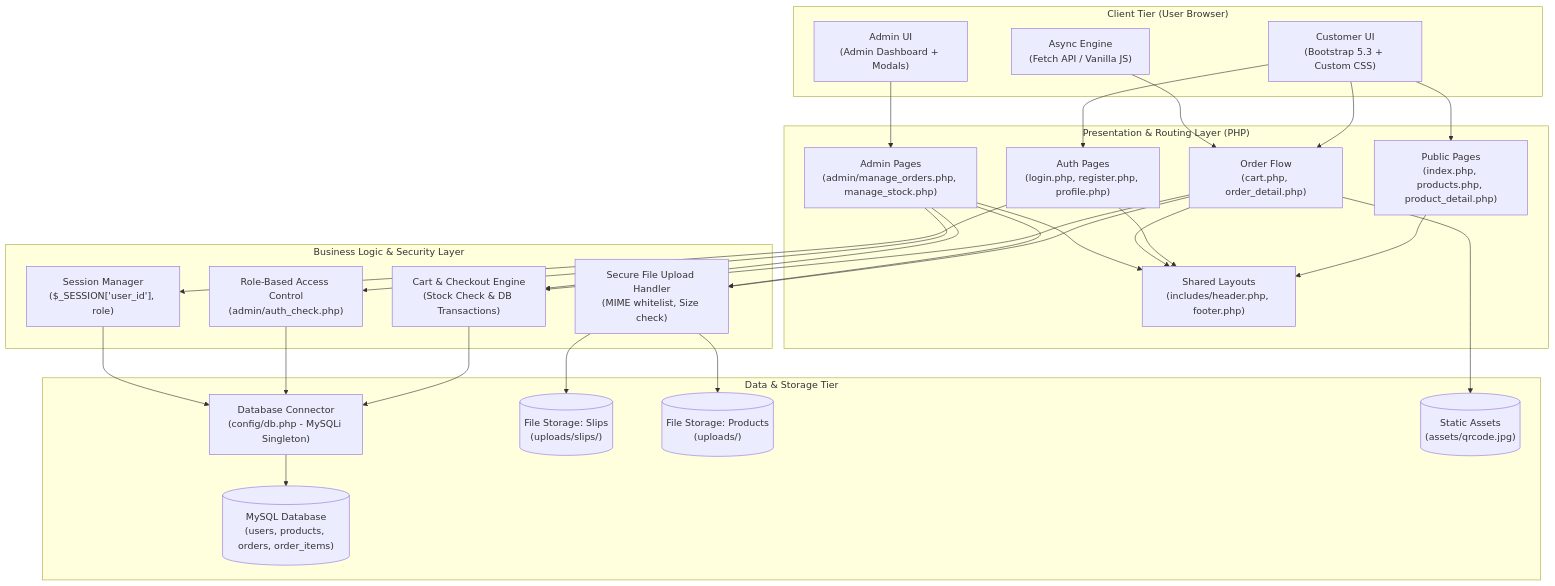
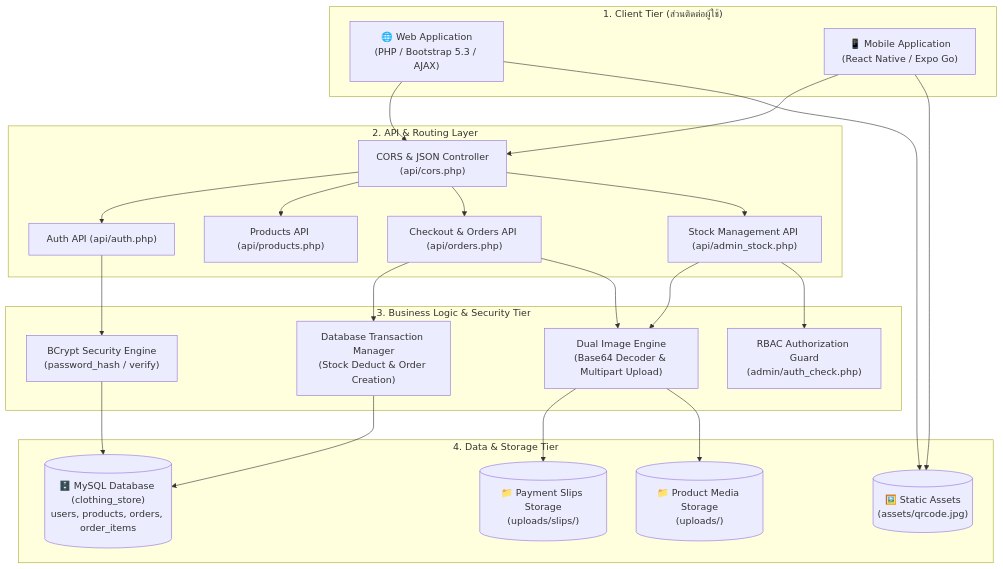
One commit to M16C/term_project1_2026 changed the first of 5 diagrams in README.md. Above: the diagram before and after it, drawn with Mermaid. The commit also changed other lines of this file and 35 other files, not shown here.

Commit message:
add mobile app

````diff
--- a/README.md
+++ b/README.md
@@ -42,57 +39,50 @@
 ```mermaid
 flowchart TD
-    subgraph Client["Client Tier (User Browser)"]
-        UI_Customer["Customer UI<br/>(Bootstrap 5.3 + Custom CSS)"]
-        UI_Admin["Admin UI<br/>(Admin Dashboard + Modals)"]
-        AJAX_Engine["Async Engine<br/>(Fetch API / Vanilla JS)"]
+    subgraph ClientTier["1. Client Tier (ส่วนติดต่อผู้ใช้)"]
+        Web_Browser["🌐 Web Application<br/>(PHP / Bootstrap 5.3 / AJAX)"]
+        Mobile_App["📱 Mobile Application<br/>(React Native / Expo Go)"]
     end
 
-    subgraph Presentation["Presentation & Routing Layer (PHP)"]
-        Pages_Public["Public Pages<br/>(index.php, products.php, product_detail.php)"]
-        Pages_Auth["Auth Pages<br/>(login.php, register.php, profile.php)"]
-        Pages_Order["Order Flow<br/>(cart.php, order_detail.php)"]
-        Pages_Admin["Admin Pages<br/>(admin/manage_orders.php, manage_stock.php)"]
-        Layouts["Shared Layouts<br/>(includes/header.php, footer.php)"]
+    subgraph APITier["2. API & Routing Layer"]
+        CORS_Handler["CORS & JSON Controller<br/>(api/cors.php)"]
+        API_Auth["Auth API (api/auth.php)"]
+        API_Prod["Products API (api/products.php)"]
+        API_Order["Checkout & Orders API (api/orders.php)"]
+        API_Stock["Stock Management API (api/admin_stock.php)"]
     end
 
-    subgraph Logic["Business Logic & Security Layer"]
-        RBAC["Role-Based Access Control<br/>(admin/auth_check.php)"]
-        Session_Mgr["Session Manager<br/>($_SESSION['user_id'], role)"]
-        Cart_Ctrl["Cart & Checkout Engine<br/>(Stock Check & DB Transactions)"]
-        File_Ctrl["Secure File Upload Handler<br/>(MIME whitelist, Size check)"]
+    subgraph ServiceTier["3. Business Logic & Security Tier"]
+        RBAC_Guard["RBAC Authorization Guard<br/>(admin/auth_check.php)"]
+        Tx_Manager["Database Transaction Manager<br/>(Stock Deduct & Order Creation)"]
+        File_Engine["Dual Image Engine<br/>(Base64 Decoder & Multipart Upload)"]
+        Password_Security["BCrypt Security Engine<br/>(password_hash / verify)"]
     end
 
-    subgraph DataTier["Data & Storage Tier"]
-        DB_Conn["Database Connector<br/>(config/db.php - MySQLi Singleton)"]
-        MySQL[("MySQL Database<br/>(users, products, orders, order_items)")]
-        Storage_Slips[("File Storage: Slips<br/>(uploads/slips/)")]
-        Storage_Prods[("File Storage: Products<br/>(uploads/)")]
-        Storage_Assets[("Static Assets<br/>(assets/qrcode.jpg)")]
+    subgraph DataTier["4. Data & Storage Tier"]
+        MySQL_DB[("🗄️ MySQL Database (clothing_store)<br/>users, products, orders, order_items")]
+        Slip_Storage[("📁 Payment Slips Storage<br/>(uploads/slips/)")]
+        Prod_Storage[("📁 Product Media Storage<br/>(uploads/)")]
+        Static_Assets[("🖼️ Static Assets<br/>(assets/qrcode.jpg)")]
     end
 
-    UI_Customer --> Pages_Public
-    UI_Customer --> Pages_Auth
-    UI_Customer --> Pages_Order
-    UI_Admin --> Pages_Admin
-    AJAX_Engine --> Pages_Order
+    Web_Browser --> CORS_Handler
+    Mobile_App --> CORS_Handler
 
-    Pages_Public --> Layouts
-    Pages_Auth --> Layouts
-    Pages_Order --> Layouts
-    Pages_Admin --> Layouts
+    CORS_Handler --> API_Auth
+    CORS_Handler --> API_Prod
+    CORS_Handler --> API_Order
+    CORS_Handler --> API_Stock
 
-    Pages_Admin --> RBAC
-    Pages_Auth --> Session_Mgr
-    Pages_Order --> Cart_Ctrl
-    Pages_Order --> File_Ctrl
-    Pages_Admin --> Cart_Ctrl
-    Pages_Admin --> File_Ctrl
+    API_Auth --> Password_Security
+    API_Order --> Tx_Manager
+    API_Order --> File_Engine
+    API_Stock --> File_Engine
+    API_Stock --> RBAC_Guard
 
-    Cart_Ctrl --> DB_Conn
-    RBAC --> DB_Conn
-    Session_Mgr --> DB_Conn
-    File_Ctrl --> Storage_Slips
-    File_Ctrl --> Storage_Prods
-    Pages_Order --> Storage_Assets
-    DB_Conn --> MySQL
+    Tx_Manager --> MySQL_DB
+    Password_Security --> MySQL_DB
+    File_Engine --> Slip_Storage
+    File_Engine --> Prod_Storage
+    Web_Browser --> Static_Assets
+    Mobile_App --> Static_Assets
 ```
````
